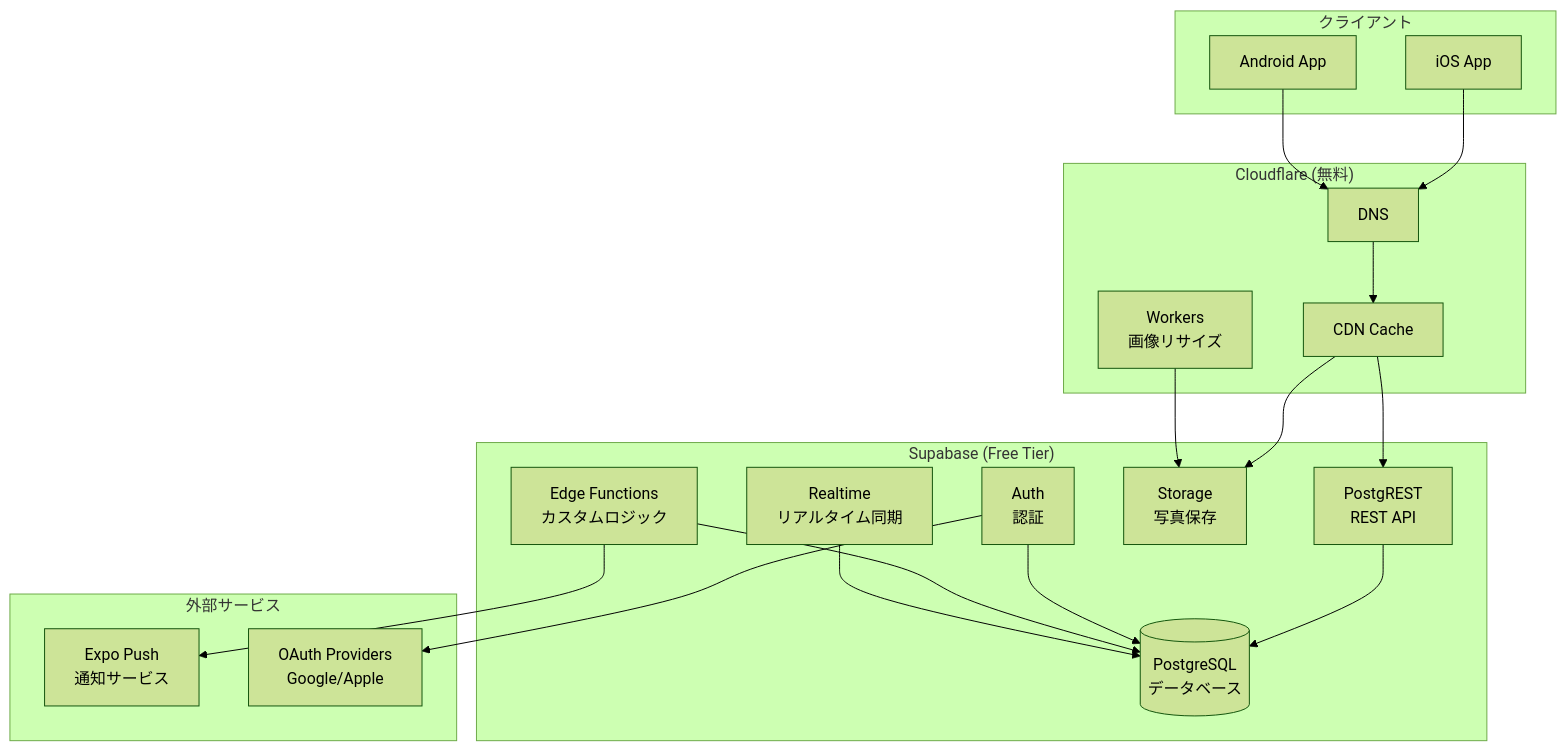
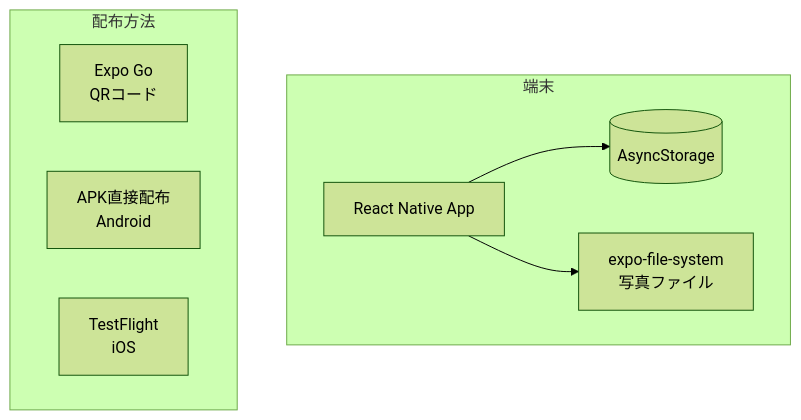
The second of 6 diagrams in docs/SYSTEM_ARCHITECTURE.md (Tetsuya4869/catDailyNoteApp), drawn with Mermaid (forest theme) before and after one commit. The commit also changed other lines of this file, not shown here.

First line of the commit message:
Simplify system architecture for small-scale free operation

````diff
--- a/docs/SYSTEM_ARCHITECTURE.md
+++ b/docs/SYSTEM_ARCHITECTURE.md
@@ -23,41 +45,17 @@
 ```mermaid
 flowchart TB
-    subgraph Client["クライアント"]
-        iOS[iOS App]
-        Android[Android App]
+    subgraph Device["端末"]
+        App[React Native App]
+        Storage[(AsyncStorage)]
+        Photos[expo-file-system<br/>写真ファイル]
     end
-
-    subgraph CDN["Cloudflare (無料)"]
-        DNS[DNS]
-        Cache[CDN Cache]
-        Workers[Workers<br/>画像リサイズ]
+    
+    App --> Storage
+    App --> Photos
+    
+    subgraph Distribution["配布方法"]
+        ExpoGo[Expo Go<br/>QRコード]
+        APK[APK直接配布<br/>Android]
+        TestFlight[TestFlight<br/>iOS]
     end
-
-    subgraph Supabase["Supabase (Free Tier)"]
-        Auth[Auth<br/>認証]
-        API[PostgREST<br/>REST API]
-        Realtime[Realtime<br/>リアルタイム同期]
-        Storage[Storage<br/>写真保存]
-        DB[(PostgreSQL<br/>データベース)]
-        Edge[Edge Functions<br/>カスタムロジック]
-    end
-
-    subgraph External["外部サービス"]
-        ExpoPush[Expo Push<br/>通知サービス]
-        OAuth[OAuth Providers<br/>Google/Apple]
-    end
-
-    iOS --> DNS
-    Android --> DNS
-    DNS --> Cache
-    Cache --> API
-    Cache --> Storage
-    Workers --> Storage
-    
-    API --> DB
-    Auth --> DB
-    Auth --> OAuth
-    Edge --> DB
-    Edge --> ExpoPush
-    Realtime --> DB
 ```
````
